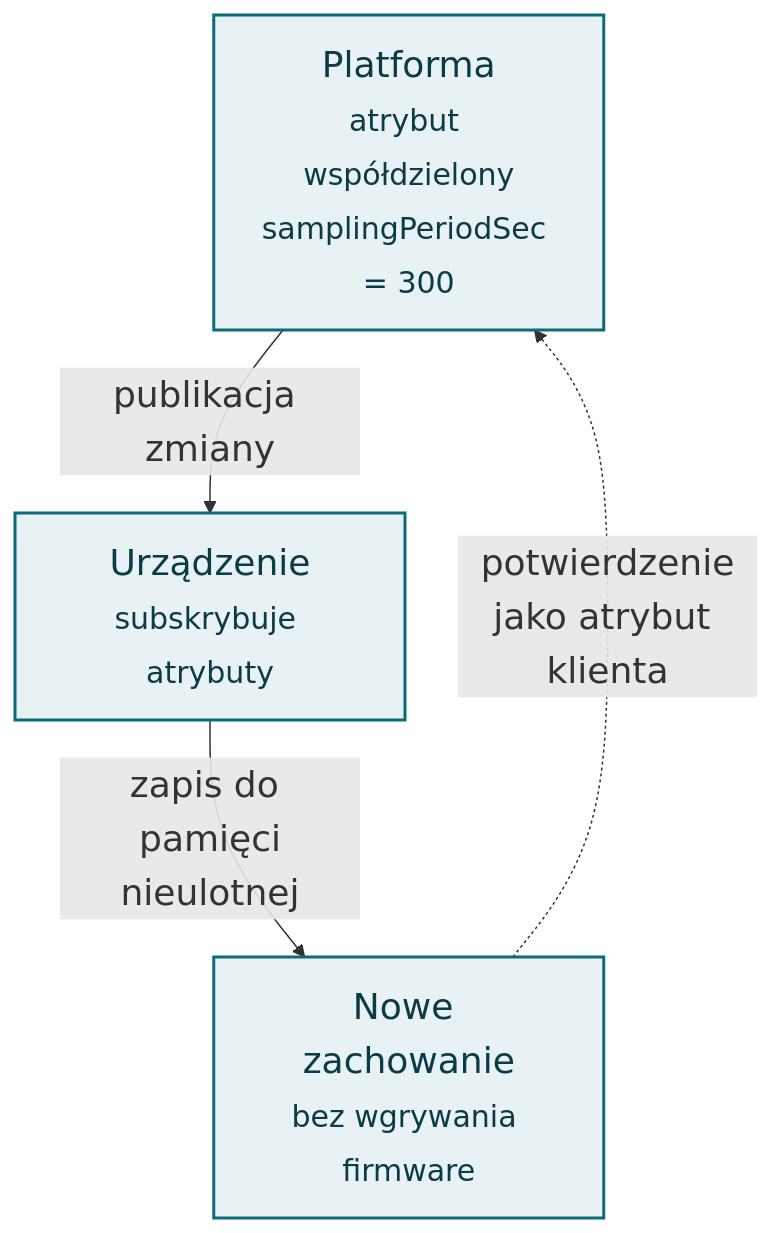
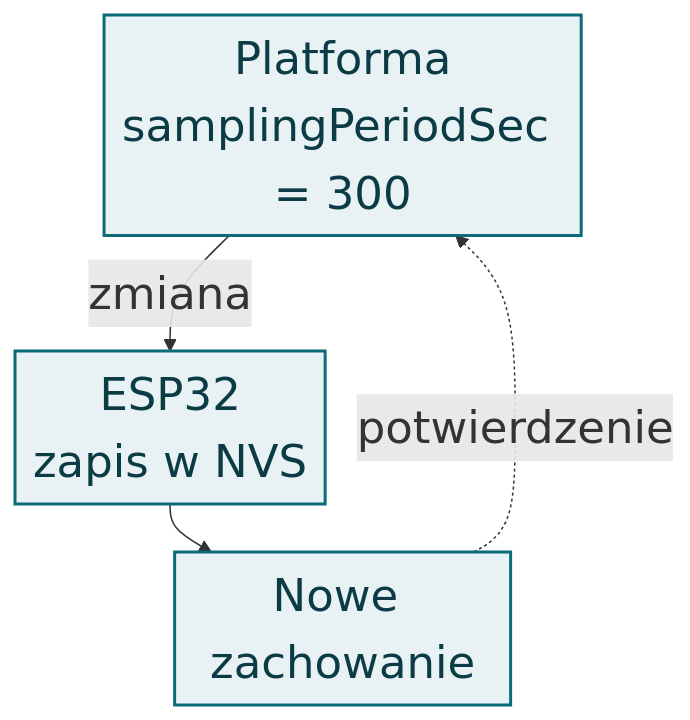
The first of 2 diagrams in slides/06-thingsboard-ce.qmd (moondec/iot_lectures), drawn with Mermaid before and after one commit. The commit also changed other lines of this file and 17 other files, not shown here.

First line of the commit message:
Make Mermaid diagrams legible and stop label clipping

````diff
--- a/slides/06-thingsboard-ce.qmd
+++ b/slides/06-thingsboard-ce.qmd
@@ -114,14 +114,14 @@
 ```{mermaid}
 %%| fig-width: 6.4
 %%| fig-height: 3.6
-%%{init: {"themeVariables": {"fontSize": "24px"}}}%%
+%%{init: {"themeVariables": {"fontSize": "30px"}, "flowchart": {"nodeSpacing": 22, "rankSpacing": 32, "padding": 6, "diagramPadding": 4}}}%%
 flowchart TD
-    P["Platforma<br><small>atrybut współdzielony<br>samplingPeriodSec = 300</small>"]
-    D["Urządzenie<br><small>subskrybuje atrybuty</small>"]
-    N["Nowe zachowanie<br><small>bez wgrywania firmware</small>"]
-    P -- "publikacja zmiany" --> D
-    D -- "zapis do pamięci<br>nieulotnej" --> N
-    N -. "potwierdzenie<br>jako atrybut klienta" .-> P
+    P["Platforma<br>samplingPeriodSec = 300"]
+    D["ESP32<br>zapis w NVS"]
+    N["Nowe zachowanie"]
+    P -- "zmiana" --> D
+    D --> N
+    N -. "potwierdzenie" .-> P
     classDef n fill:#e8f2f4,stroke:#0b6b78,stroke-width:2px,color:#0b3b45
     class P,D,N n
 ```
````
